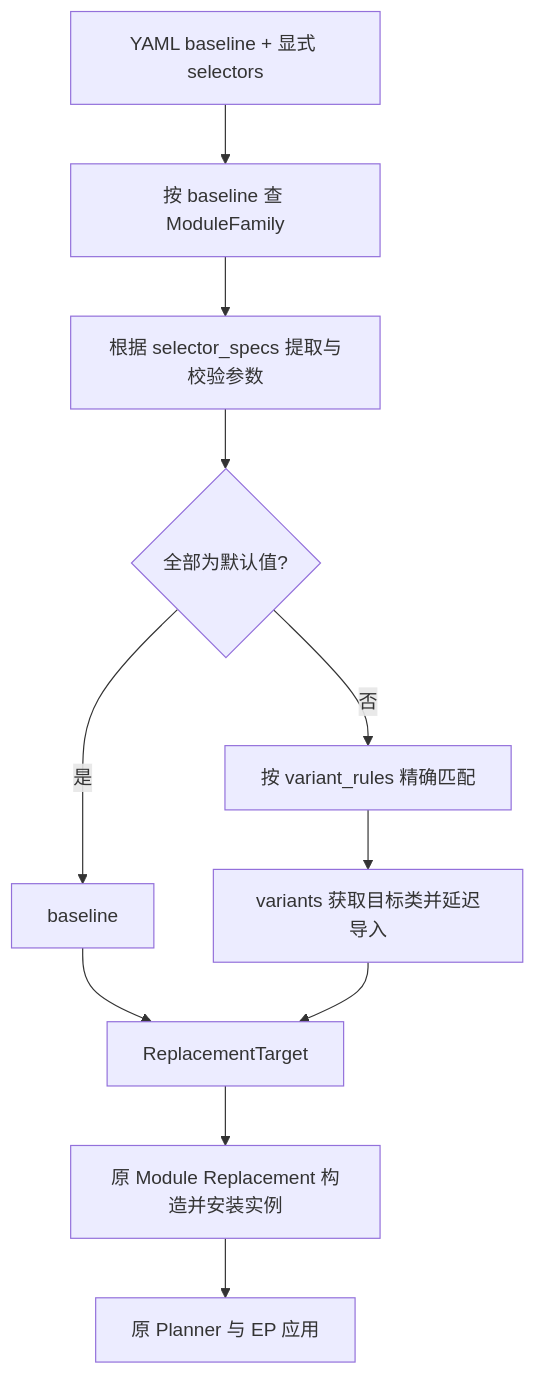
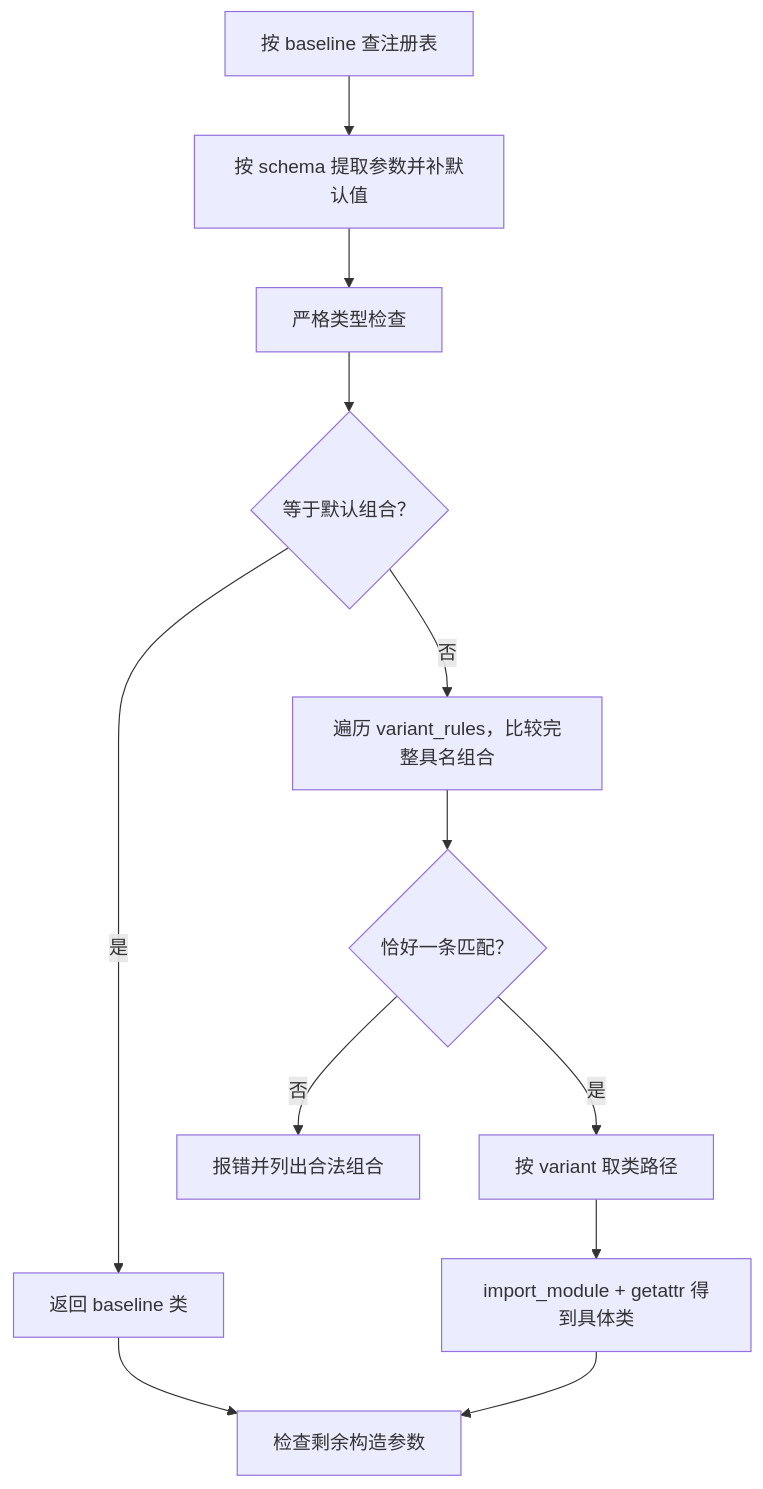
The second of 6 diagrams in docs/guide/module_family_implementation.md (yooooo00/hyper-parallel-fork), drawn with Mermaid before and after one commit. The commit also changed other lines of this file, not shown here.

Commit message:
docs(module-family): clarify full PR design and configuration contracts

````diff
--- a/docs/guide/module_family_implementation.md
+++ b/docs/guide/module_family_implementation.md
@@ -72,13 +144,14 @@
 ```mermaid
 flowchart TD
-    Y["YAML baseline + 显式 selectors"] --> F["按 baseline 查 ModuleFamily"]
-    F --> S["根据 selector_specs 提取与校验参数"]
-    S --> R{"全部为默认值?"}
-    R -->|是| B[baseline]
-    R -->|否| M["按 variant_rules 精确匹配"]
-    M --> V["variants 获取目标类并延迟导入"]
-    B --> T[ReplacementTarget]
-    V --> T
-    T --> I["原 Module Replacement 构造并安装实例"]
-    I --> P["原 Planner 与 EP 应用"]
+    A["按 baseline 查注册表"] --> B["按 schema 提取参数并补默认值"]
+    B --> C["严格类型检查"]
+    C --> D{"等于默认组合？"}
+    D -->|是| E["返回 baseline 类"]
+    D -->|否| F["遍历 variant_rules，比较完整具名组合"]
+    F --> G{"恰好一条匹配？"}
+    G -->|否| H["报错并列出合法组合"]
+    G -->|是| I["按 variant 取类路径"]
+    I --> J["import_module + getattr 得到具体类"]
+    E --> K["检查剩余构造参数"]
+    J --> K
 ```
````
